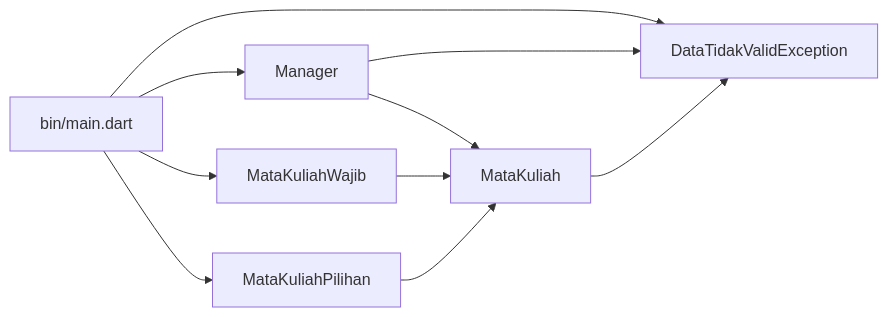
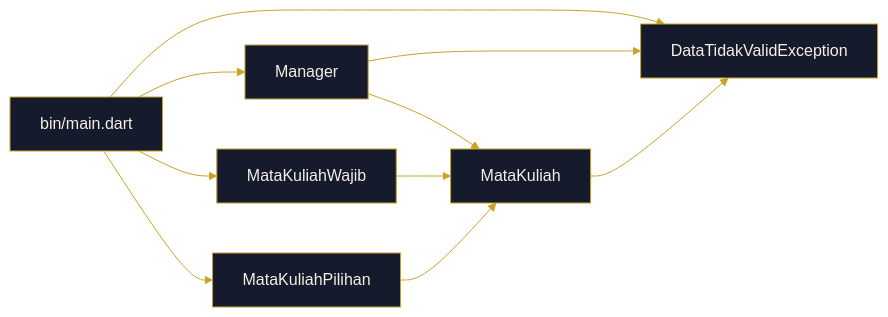
The third of 3 diagrams in README.md (alwinidzam/TUGAS-UAS-PBO), drawn with Mermaid before and after one commit. The commit also changed other lines of this file, not shown here.

````diff
--- a/README.md
+++ b/README.md
@@ -195,12 +177,13 @@
 ```mermaid
+%%{init: {'theme':'base', 'themeVariables': {'primaryColor':'#151B2C','primaryTextColor':'#F5F0E6','primaryBorderColor':'#C9A227','lineColor':'#C9A227','secondaryColor':'#151B2C','tertiaryColor':'#0B0F19'}}}%%
 flowchart LR
     A[bin/main.dart] --> B[Manager]
     A --> C[MataKuliahWajib]
     A --> D[MataKuliahPilihan]
     A --> E[DataTidakValidException]
     B --> F[MataKuliah]
     B --> E
     C --> F
     D --> F
     F --> E
 ```
````
